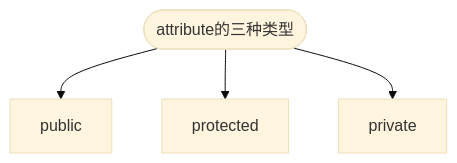
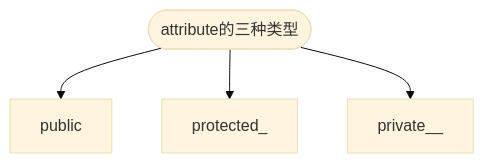
Before and after one commit to ESJiang/JR-notes: the first of 2 diagrams in Python/Python_6.md, drawn with Mermaid (base theme). The commit also changed other lines of this file and 2 other files, not shown here.

````diff
--- a/Python/Python_6.md
+++ b/Python/Python_6.md
@@ -84,6 +84,6 @@
 ```mermaid
 graph TB;
     a(["attribute的三种类型"])-->b["public"];
-    a-->c["protected"];
-    a-->d["private"];
+    a-->c["protected_"];
+    a-->d["private__"];
 ```
````
